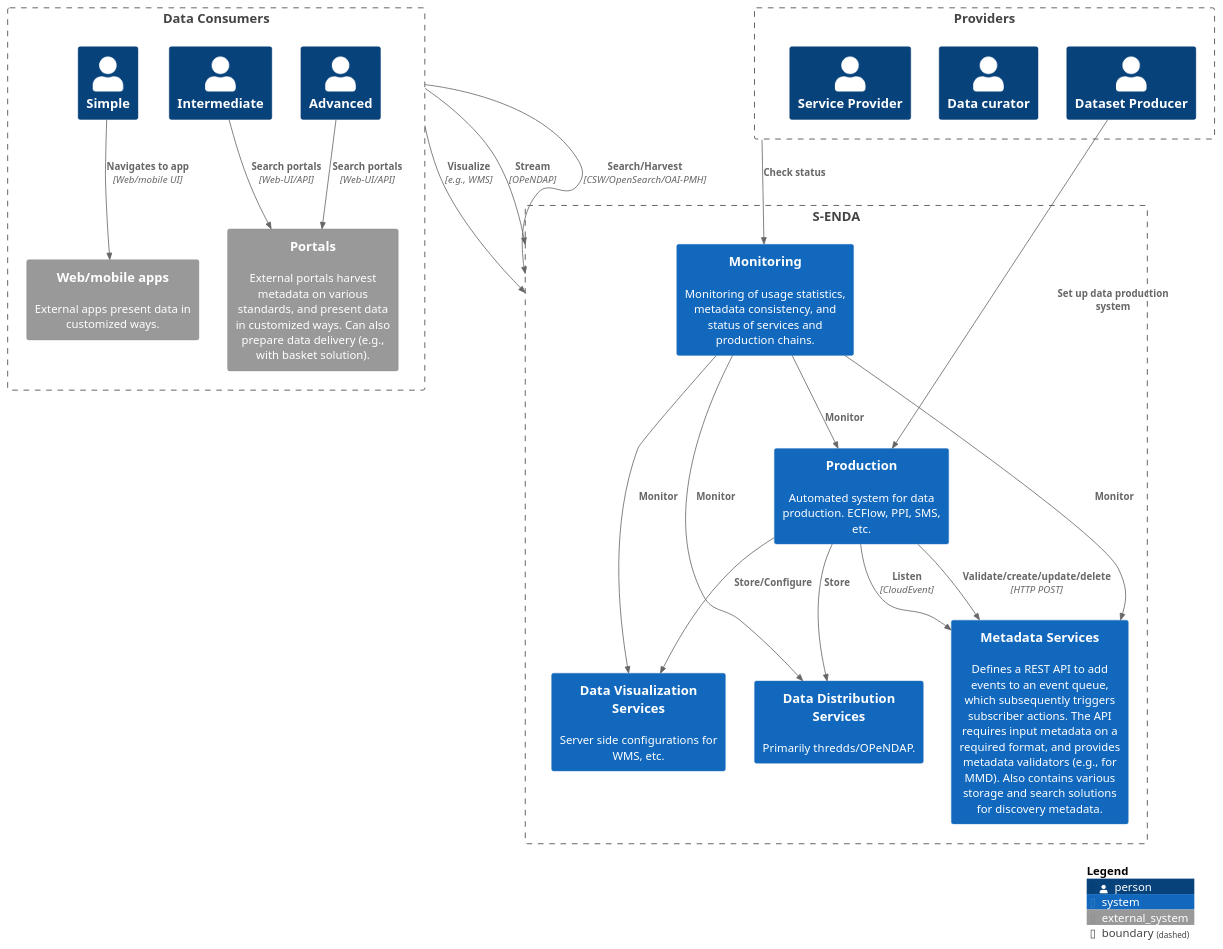
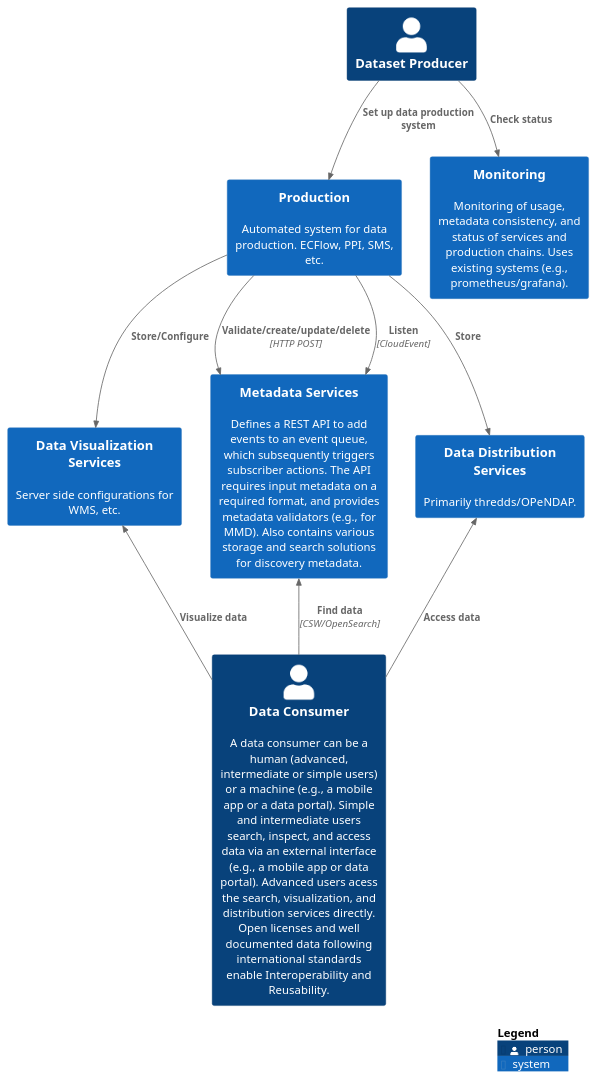
The diagram in source/puml/architecture/S-ENDA-context-diagram.puml (metno/S-ENDA-documentation), drawn with PlantUML before and after one commit. The commit also changed 3 other files, not shown here.

```diff
--- a/source/puml/architecture/S-ENDA-context-diagram.puml
+++ b/source/puml/architecture/S-ENDA-context-diagram.puml
@@ -1,64 +1,60 @@
 @startuml S-ENDA-C4-context-diagram
 !include https://raw.githubusercontent.com/plantuml-stdlib/C4-PlantUML/master/C4_Container.puml
 
 LAYOUT_TOP_DOWN()
 
-Boundary(consumers, "Data Consumers"){
-  Person(advanced, "Advanced")
-  Person(intermediate, "Intermediate")
-  Person(simple, "Simple")
+Person(consumers, "Data Consumer", "A data consumer can be a human (advanced, intermediate or simple users) or a machine (e.g., a mobile app or a data portal). Simple and intermediate users search, inspect, and access data via an external interface (e.g., a mobile app or data portal). Advanced users acess the search, visualization, and distribution services directly. Open licenses and well documented data following international standards enable Interoperability and Reusability.")
 
-  System_Ext(portals, "Portals", "External portals harvest metadata on various standards, and present data in customized ways. Can also prepare data delivery (e.g., with basket solution).")
-  System_Ext(apps, "Web/mobile apps", "External apps present data in customized ways.")
-}
+'Boundary(consumers, "Data Consumers"){
+'  Person(advanced, "Advanced")
+'  Person(intermediate, "Intermediate")
+'  Person(simple, "Simple")
+'
+'  System_Ext(extportals, "Portals", "External portals harvest metadata on various standards, and present data in customized ways. Can also prepare data delivery (e.g., with basket solution).")
+'  System_Ext(apps, "Web/mobile apps", "External apps present data in customized ways.")
+'
+'  Rel(advanced, extportals, "Search portals", "Web-UI/API")
+'  Rel(intermediate, extportals, "Search portals", "Web-UI/API")
+'  Rel(simple, apps, "Navigates to app", "Web/mobile UI")
+'}
     
-Boundary(providers, "Providers") {
-    Person(dataprovider, "Dataset Producer")
-    Person(datacurator, "Data curator")
-    Person(serviceprovider, "Service Provider")
-}
+'Boundary(providers, "Providers") {
+    Person(dataproducer, "Dataset Producer")
+'    Person(datacurator, "Data curator")
+'    Person(serviceprovider, "Service Provider")
+'}
 
-Boundary(systems, "S-ENDA") {
-    System(dmservice, "Metadata Services", "Defines a REST API to add events to an event queue, which subsequently triggers subscriber actions. The API requires input metadata on a required format, and provides metadata validators (e.g., for MMD). Also contains various storage and search solutions for discovery metadata.")
-    System(productionhub, "Production", "Automated system for data production. ECFlow, PPI, SMS, etc.")
-    System(dist_systems, "Data Distribution Services", "Primarily thredds/OPeNDAP.")
-    System(vis_systems, "Data Visualization Services", "Server side configurations for WMS, etc.")
-    System(monitoring, "Monitoring", "Monitoring of usage statistics, metadata consistency, and status of services and production chains.")
-}
+'Boundary(senda, "S-ENDA and related"){
+  System(dmservice, "Metadata Services", "Defines a REST API to add events to an event queue, which subsequently triggers subscriber actions. The API requires input metadata on a required format, and provides metadata validators (e.g., for MMD). Also contains various storage and search solutions for discovery metadata.")
+  System(productionhub, "Production", "Automated system for data production. ECFlow, PPI, SMS, etc.")
+  System(dist_systems, "Data Distribution Services", "Primarily thredds/OPeNDAP.")
+  System(vis_systems, "Data Visualization Services", "Server side configurations for WMS, etc.")
+  System(monitoring, "Monitoring", "Monitoring of usage, metadata consistency, and status of services and production chains. Uses existing systems (e.g., prometheus/grafana).")
+'}
 
-Rel(advanced, portals, "Search portals", "Web-UI/API")
-Rel(intermediate, portals, "Search portals", "Web-UI/API")
-Rel(simple, apps, "Navigates to app", "Web/mobile UI")
 
-Rel(consumers, systems, "Search/Harvest", "CSW/OpenSearch/OAI-PMH")
-Rel(consumers, systems, "Visualize", "e.g., WMS")
-Rel(consumers, systems, "Stream", "OPeNDAP")
-
-'Rel(advanced, dmservice, "Search", "CSW/OpenSearch")
-'Rel(portals, dmservice, "Harvest metadata", "CSW/OAI-PMH")
-'Rel(apps, dmservice, "Harvest metadata", "CSW/OpenSearch")
-'
-'Rel(apps, vis_systems, "Visualize data")
-'Rel(portals, vis_systems, "Visualize data")
-'
-'Rel(portals, dist_systems, "Stream data")
-'Rel(advanced, dist_systems, "Stream data")
+Rel_U(consumers, dist_systems, "Access data")
+Rel_U(consumers, dmservice, "Find data", "CSW/OpenSearch")
+Rel_U(consumers, vis_systems, "Visualize data")
+'Rel_U(advanced, dist_systems, "Stream data")
+'Rel_U(advanced, dmservice, "Search", "CSW/OpenSearch")
+'Rel_U(advanced, vis_systems, "Visualize data")
+'Rel_U(extportals, dmservice, "Harvest metadata", "CSW")
+'Rel_U(apps, dmservice, "Harvest metadata", "CSW/OpenSearch")
+'Rel_U(apps, vis_systems, "Visualize data")
+'Rel_U(extportals, vis_systems, "Visualize data")
+'Rel_U(extportals, dist_systems, "Stream data")
 
 
 'Rel(providers, dmservice, "Register metadata")
-Rel(providers, monitoring, "Check status")
+Rel(dataproducer, monitoring, "Check status")
 
-Rel(dataprovider, productionhub, "Set up data production system")
+Rel(dataproducer, productionhub, "Set up data production system")
 Rel(productionhub, dist_systems, "Store")
 Rel(productionhub, dmservice, "Validate/create/update/delete", "HTTP POST")
 Rel(productionhub, dmservice, "Listen", "CloudEvent")
 Rel(productionhub, vis_systems, "Store/Configure")
 
-Rel(monitoring, dist_systems, "Monitor")
-Rel(monitoring, dmservice, "Monitor")
-Rel(monitoring, productionhub, "Monitor")
-Rel(monitoring, vis_systems, "Monitor")
-
 SHOW_LEGEND()
 
 @enduml
```
